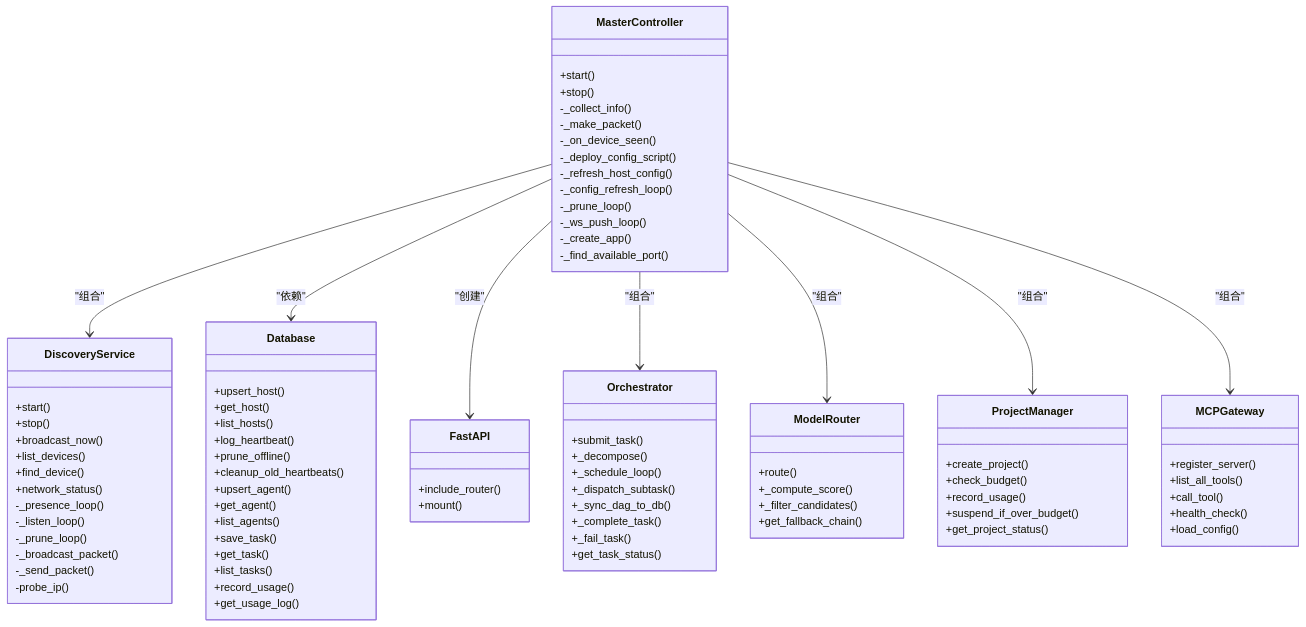
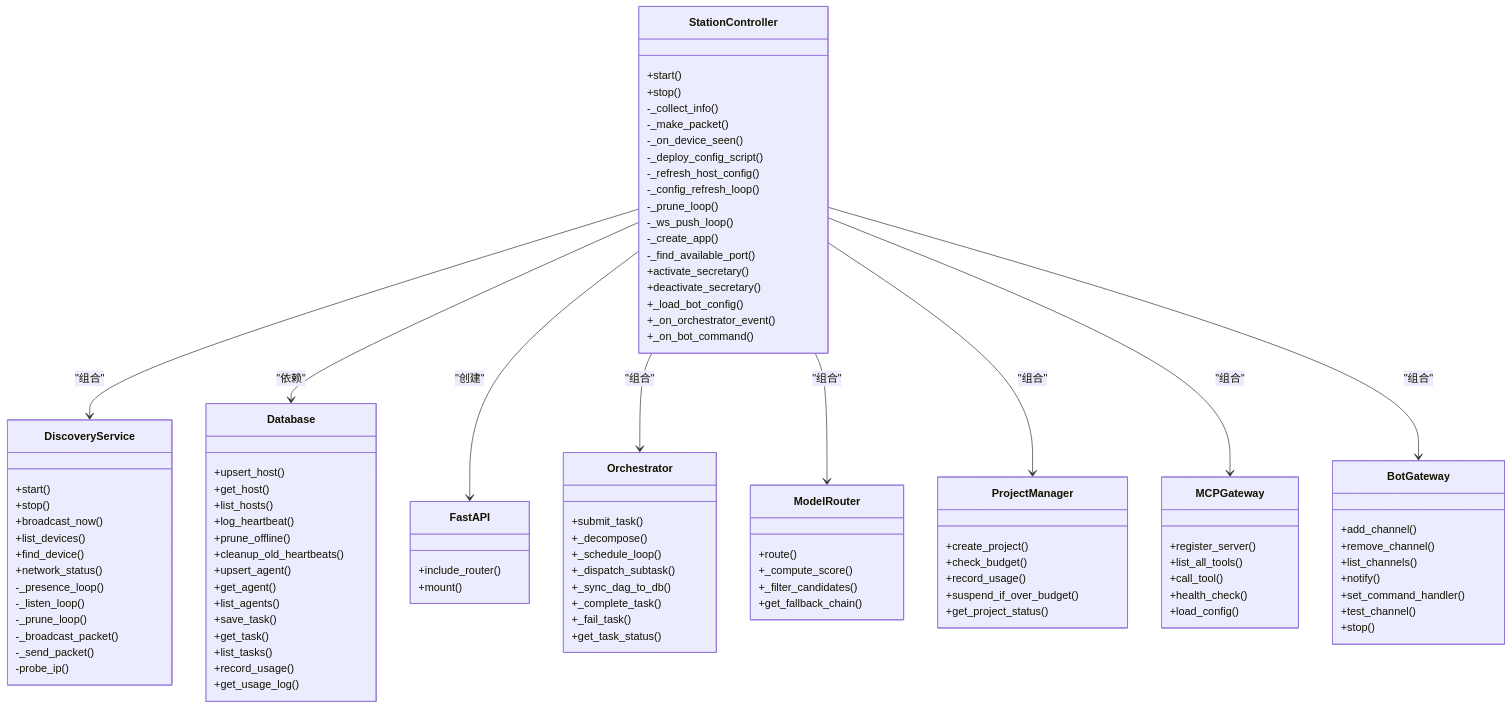
The third of 14 diagrams in .qoder/repowiki/zh/content/架构设计/架构设计.md (targalian/Personal-distributed-workstation), drawn with Mermaid before and after one commit. The commit also changed other lines of this file and 85 other files, not shown here.

````diff
--- a/.qoder/repowiki/zh/content/架构设计/架构设计.md
+++ b/.qoder/repowiki/zh/content/架构设计/架构设计.md
@@ -258,6 +277,6 @@
 ```mermaid
 classDiagram
-class MasterController {
+class StationController {
 +start()
 +stop()
 -_collect_info()
@@ -270,6 +289,11 @@
 -_ws_push_loop()
 -_create_app()
 -_find_available_port()
++activate_secretary()
++deactivate_secretary()
++_load_bot_config()
++_on_orchestrator_event()
++_on_bot_command()
 }
 class DiscoveryService {
 +start()
@@ -335,11 +359,21 @@
 +health_check()
 +load_config()
 }
-MasterController --> DiscoveryService : "组合"
-MasterController --> Database : "依赖"
-MasterController --> FastAPI : "创建"
-MasterController --> Orchestrator : "组合"
-MasterController --> ModelRouter : "组合"
-MasterController --> ProjectManager : "组合"
-MasterController --> MCPGateway : "组合"
+class BotGateway {
++add_channel()
++remove_channel()
++list_channels()
++notify()
++set_command_handler()
++test_channel()
++stop()
+}
+StationController --> DiscoveryService : "组合"
+StationController --> Database : "依赖"
+StationController --> FastAPI : "创建"
+StationController --> Orchestrator : "组合"
+StationController --> ModelRouter : "组合"
+StationController --> ProjectManager : "组合"
+StationController --> MCPGateway : "组合"
+StationController --> BotGateway : "组合"
 ```
````
